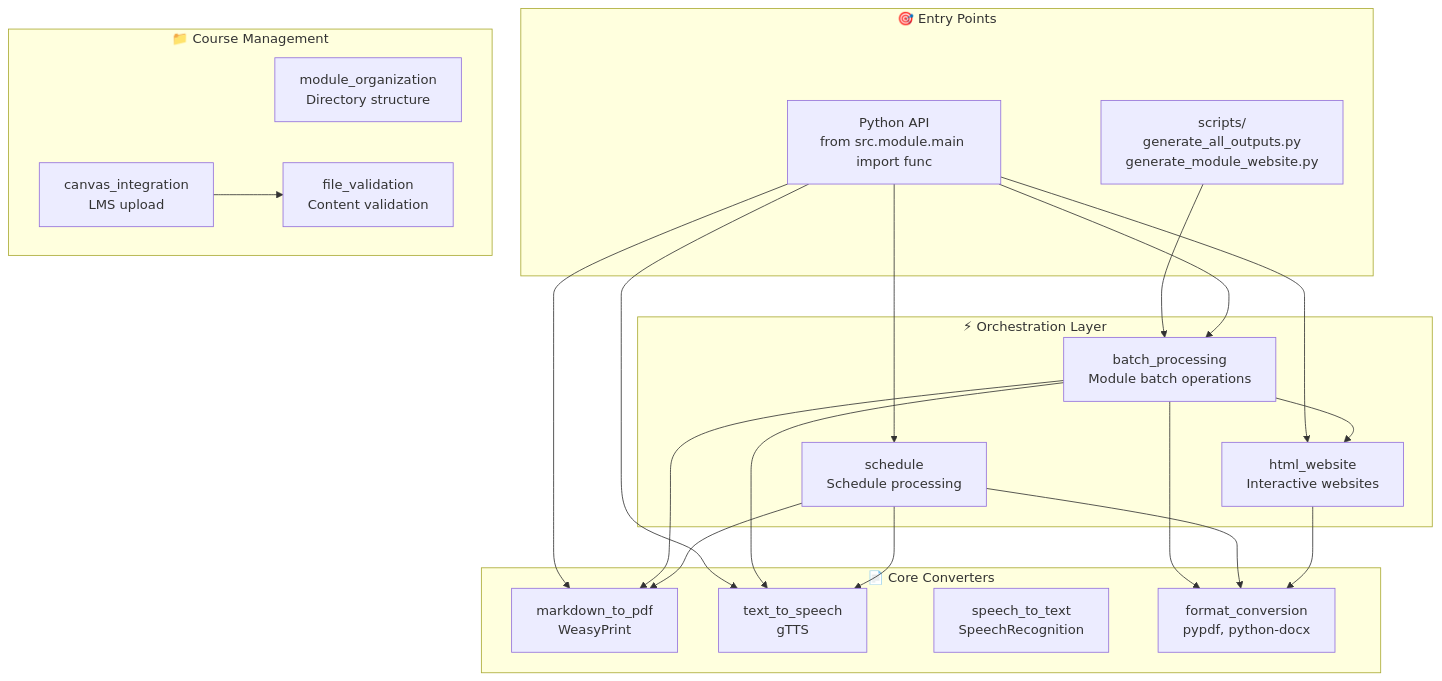
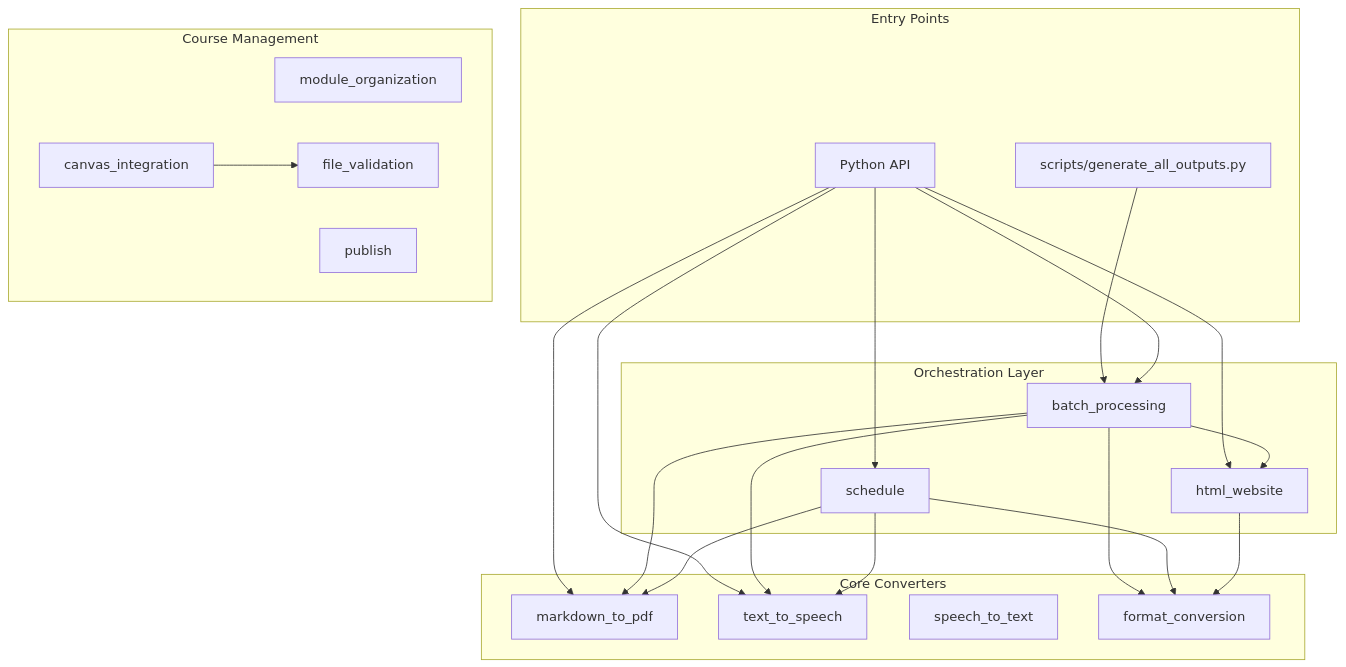
The first of 4 diagrams in software/docs/ARCHITECTURE.md (docxology/biol-1), drawn with Mermaid before and after one commit. The commit also changed other lines of this file and 14 other files, not shown here.

````diff
--- a/software/docs/ARCHITECTURE.md
+++ b/software/docs/ARCHITECTURE.md
@@ -13,46 +64,47 @@
 ```mermaid
 graph TB
-    subgraph "🎯 Entry Points"
-        CLI["scripts/<br/>generate_all_outputs.py<br/>generate_module_website.py"]
-        PY["Python API<br/>from src.module.main import func"]
+    subgraph entryPoints[Entry Points]
+        CLI["scripts/generate_all_outputs.py"]
+        PY["Python API"]
     end
 
-    subgraph "📄 Core Converters"
-        M2P["markdown_to_pdf<br/>WeasyPrint"]
-        TTS["text_to_speech<br/>gTTS"]
-        STT["speech_to_text<br/>SpeechRecognition"]
-        FC["format_conversion<br/>pypdf, python-docx"]
+    subgraph coreConverters[Core Converters]
+        M2P["markdown_to_pdf"]
+        TTS["text_to_speech"]
+        STT["speech_to_text"]
+        FC["format_conversion"]
     end
 
-    subgraph "⚡ Orchestration Layer"
-        BP["batch_processing<br/>Module batch operations"]
-        HW["html_website<br/>Interactive websites"]
-        SCH["schedule<br/>Schedule processing"]
+    subgraph orchestration[Orchestration Layer]
+        BP["batch_processing"]
+        HW["html_website"]
+        SCH["schedule"]
     end
 
-    subgraph "📁 Course Management"
-        MO["module_organization<br/>Directory structure"]
-        FV["file_validation<br/>Content validation"]
-        CI["canvas_integration<br/>LMS upload"]
+    subgraph courseManagement[Course Management]
+        MO["module_organization"]
+        FV["file_validation"]
+        CI["canvas_integration"]
+        PUB["publish"]
     end
 
     CLI --> BP
     PY --> BP
     PY --> M2P
     PY --> TTS
     PY --> SCH
     PY --> HW
     
     BP --> M2P
     BP --> TTS
     BP --> FC
     BP --> HW
     
     SCH --> M2P
     SCH --> TTS
     SCH --> FC
     
     HW --> FC
     
     CI --> FV
 ```
````
